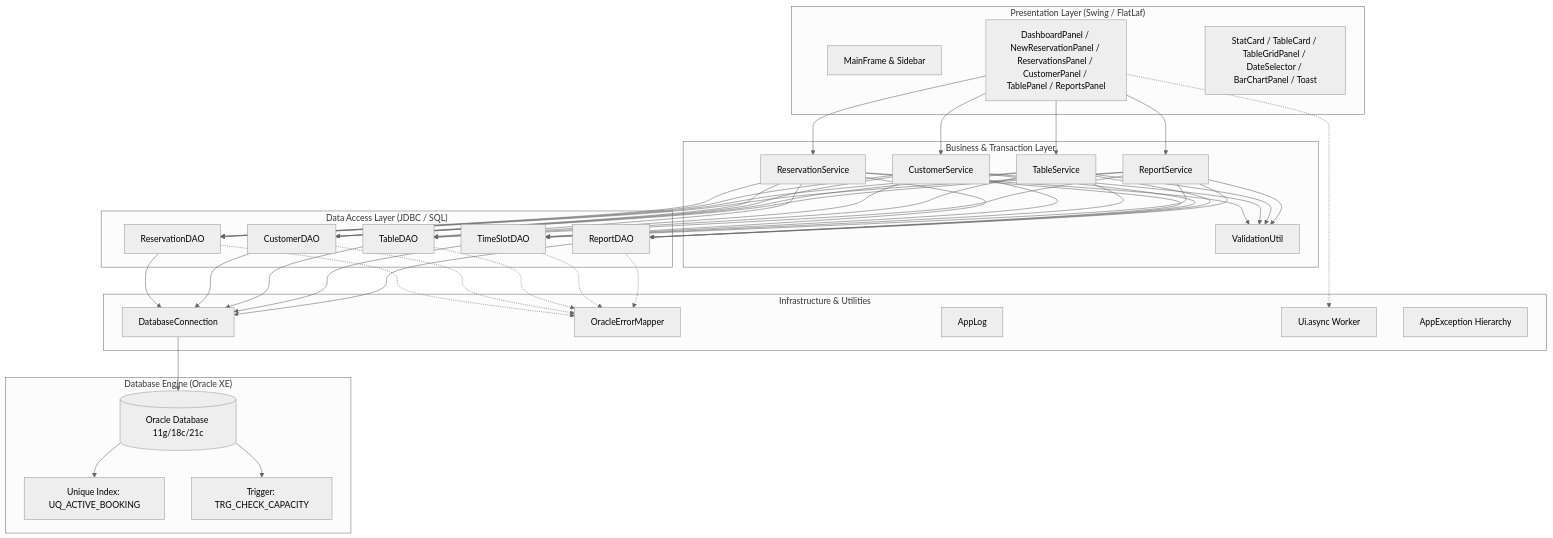
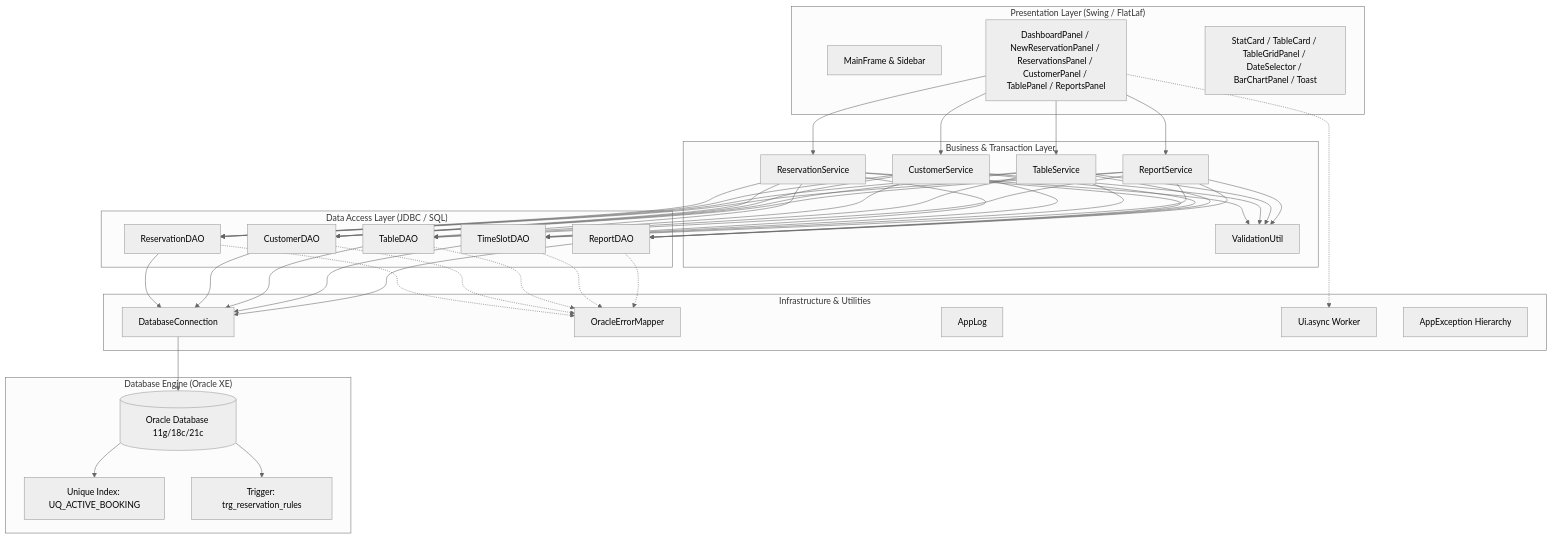
Before and after one commit to shaahir27/Table-Reservation-System: the first of 2 diagrams in docs/ARCHITECTURE.md, drawn with Mermaid (neutral theme). The commit also changed 36 other files, not shown here.

Commit message:
refactor(v2): implement batch 1 hardening and zero-schema foundation

````diff
--- a/docs/ARCHITECTURE.md
+++ b/docs/ARCHITECTURE.md
@@ -12,47 +12,47 @@
 ```mermaid
 graph TD
     subgraph Presentation ["Presentation Layer (Swing / FlatLaf)"]
         UI_MF[MainFrame & Sidebar]
         UI_P[DashboardPanel / NewReservationPanel / ReservationsPanel / CustomerPanel / TablePanel / ReportsPanel]
         UI_C[StatCard / TableCard / TableGridPanel / DateSelector / BarChartPanel / Toast]
     end
 
     subgraph Service ["Business & Transaction Layer"]
         SVC_R[ReservationService]
         SVC_C[CustomerService]
         SVC_T[TableService]
         SVC_REP[ReportService]
         VAL[ValidationUtil]
     end
 
     subgraph DataAccess ["Data Access Layer (JDBC / SQL)"]
         DAO_R[ReservationDAO]
         DAO_C[CustomerDAO]
         DAO_T[TableDAO]
         DAO_S[TimeSlotDAO]
         DAO_REP[ReportDAO]
     end
 
     subgraph Infrastructure ["Infrastructure & Utilities"]
         DB[DatabaseConnection]
         ERR[OracleErrorMapper]
         LOG[AppLog]
         ASYNC[Ui.async Worker]
         EXC[AppException Hierarchy]
     end
 
     subgraph Engine ["Database Engine (Oracle XE)"]
         ORACLE[(Oracle Database 11g/18c/21c)]
         IDX[Unique Index: UQ_ACTIVE_BOOKING]
-        TRG[Trigger: TRG_CHECK_CAPACITY]
+        TRG[Trigger: trg_reservation_rules]
     end
 
     UI_P --> SVC_R & SVC_C & SVC_T & SVC_REP
     UI_P -.-> ASYNC
     SVC_R & SVC_C & SVC_T & SVC_REP --> VAL
     SVC_R & SVC_C & SVC_T & SVC_REP --> DAO_R & DAO_C & DAO_T & DAO_S & DAO_REP
     DAO_R & DAO_C & DAO_T & DAO_S & DAO_REP --> DB
     DAO_R & DAO_C & DAO_T & DAO_S & DAO_REP -.-> ERR
     DB --> ORACLE
     ORACLE --> IDX & TRG
 ```
````
